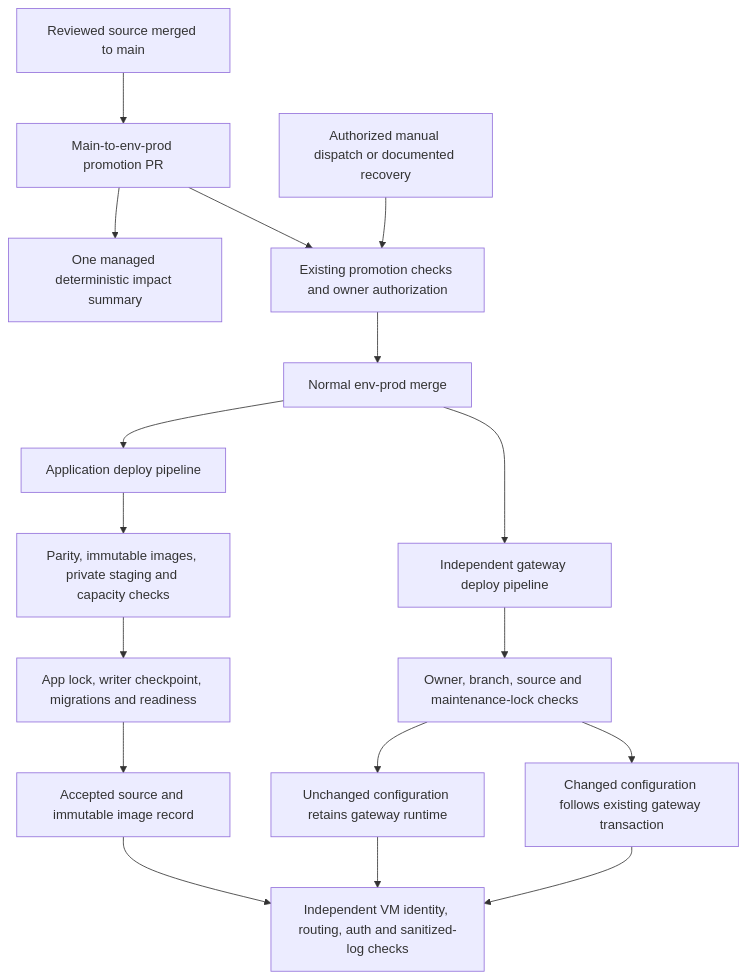
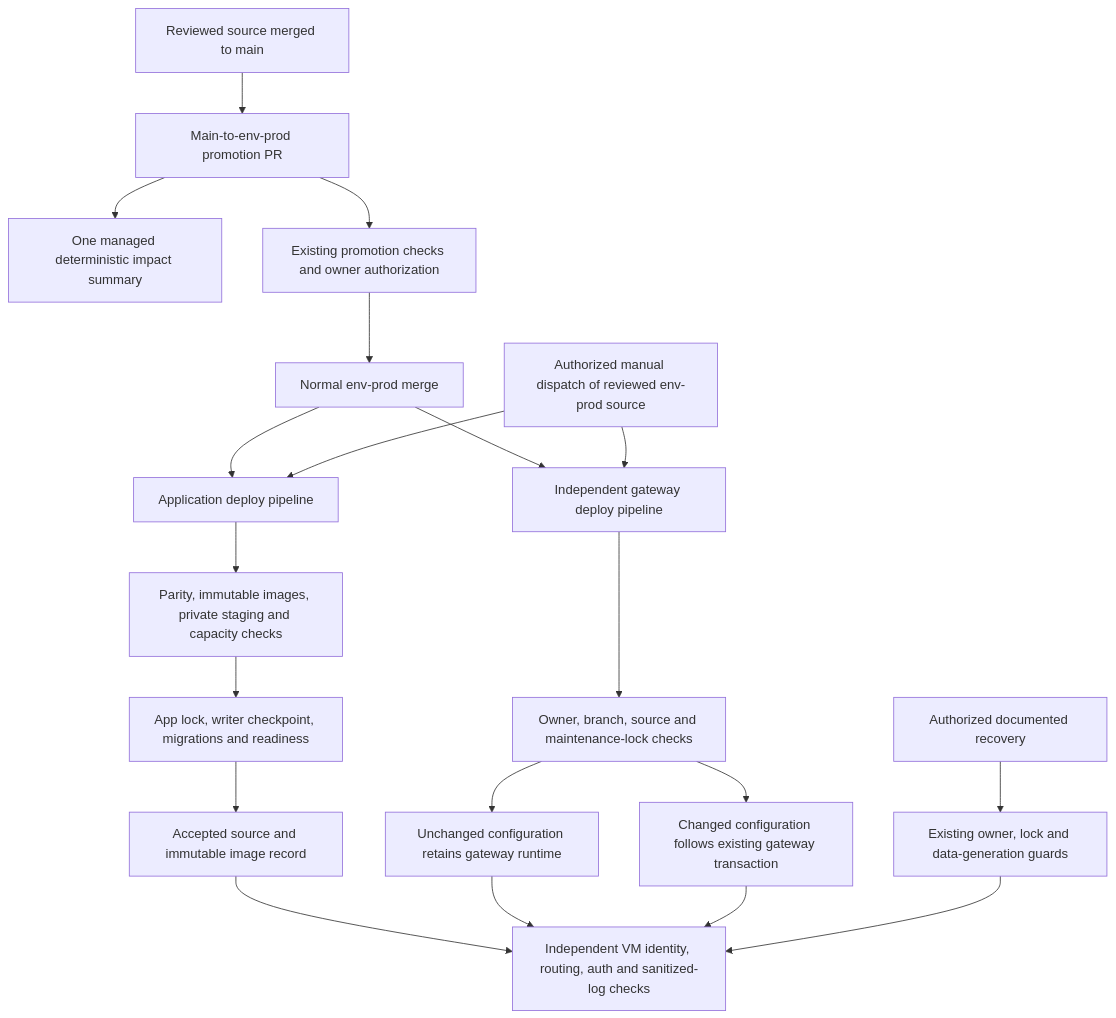
One commit to VanillaIceCube/Notoli changed the fourth of 4 diagrams in docs/CI-CD-ARCHITECTURE.md. Above: the diagram before and after it, drawn with Mermaid. The commit also changed other lines of this file and 6 other files, not shown here.

Commit message:
docs(ci): reconcile final architecture and cross-repository adoption

````diff
--- a/docs/CI-CD-ARCHITECTURE.md
+++ b/docs/CI-CD-ARCHITECTURE.md
@@ -143,19 +149,22 @@
 ```mermaid
 flowchart TD
   Reviewed[Reviewed source merged to main] --> PR[Main-to-env-prod promotion PR]
   PR --> Summary[One managed deterministic impact summary]
   PR --> Gates[Existing promotion checks and owner authorization]
   Gates --> Merge[Normal env-prod merge]
   Merge --> App[Application deploy pipeline]
   Merge --> Gateway[Independent gateway deploy pipeline]
   App --> Stage[Parity, immutable images, private staging and capacity checks]
   Stage --> Transaction[App lock, writer checkpoint, migrations and readiness]
   Transaction --> Accepted[Accepted source and immutable image record]
   Gateway --> Guard[Owner, branch, source and maintenance-lock checks]
   Guard --> Same[Unchanged configuration retains gateway runtime]
   Guard --> Changed[Changed configuration follows existing gateway transaction]
   Accepted --> Verify[Independent VM identity, routing, auth and sanitized-log checks]
   Same --> Verify
   Changed --> Verify
-  Manual[Authorized manual dispatch or documented recovery] --> Gates
+  Manual[Authorized manual dispatch of reviewed env-prod source] --> App
+  Manual --> Gateway
+  Recovery[Authorized documented recovery] --> RecoveryGuard[Existing owner, lock and data-generation guards]
+  RecoveryGuard --> Verify
 ```
````
